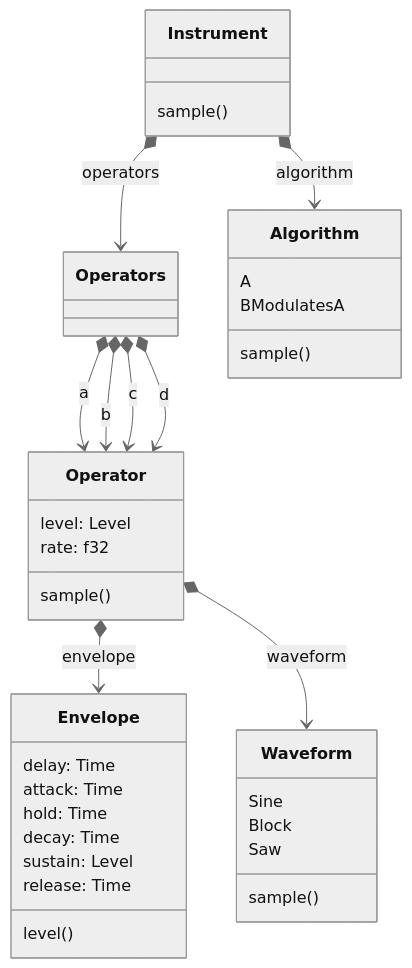
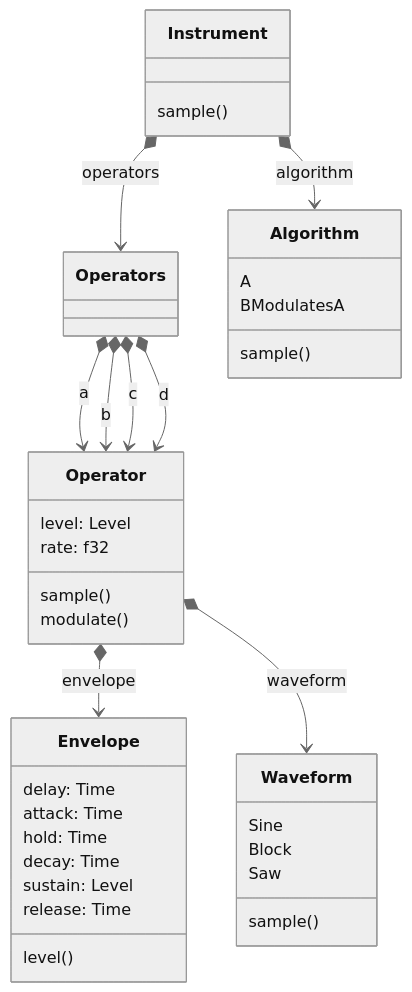
Before and after one commit to jeroenbakker-atmind/rs-audio-engine: the diagram in README.md, drawn with Mermaid (neutral theme). The commit also changed other lines of this file and 12 other files, not shown here.

````diff
--- a/README.md
+++ b/README.md
@@ -16,48 +18,49 @@
 ```mermaid
 classDiagram
 
     class Instrument {
         sample()
     }
     class Operators
     class Operator {
         level: Level
         rate: f32
 
         sample()
+        modulate()
     }
     class Envelope {
         delay: Time
         attack: Time
         hold: Time
         decay: Time
         sustain: Level
         release: Time
 
         level()
     }
     class Algorithm {
         A
         BModulatesA
 
         sample()
     }
     class Waveform {
         Sine
         Block
         Saw
 
         sample()
     }
 
     Operators *--> Operator: a
     Operators *--> Operator: b
     Operators *--> Operator: c
     Operators *--> Operator: d
     Operator *--> Envelope: envelope
     Instrument *--> Operators: operators
     Instrument *--> Algorithm: algorithm
     Operator *--> Waveform: waveform
 
 
 ```
````
